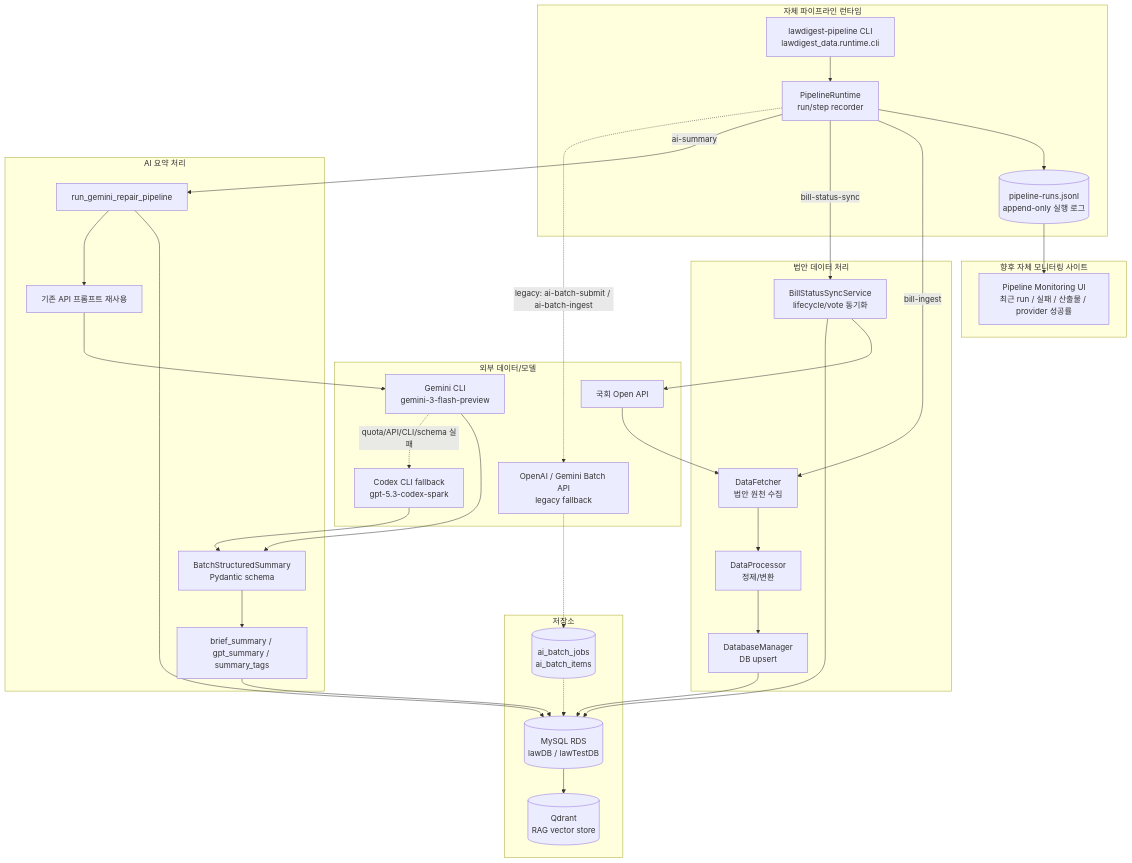
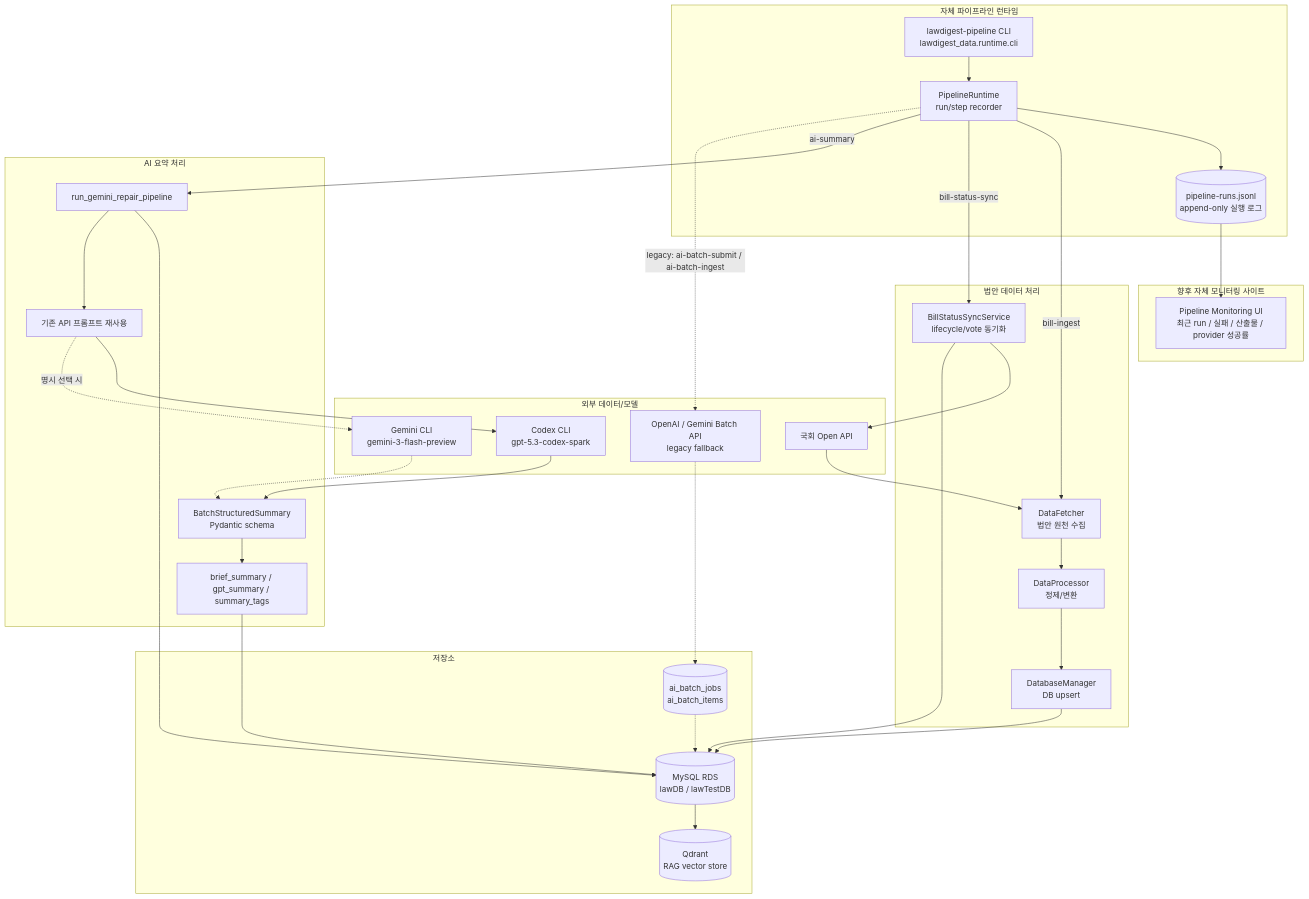
The first of 3 diagrams in docs/data/법안 데이터 파이프라인/pipeline_architecture.md (LawDigest/LawDigest), drawn with Mermaid before and after one commit. The commit also changed other lines of this file and 13 other files, not shown here.

````diff
--- a/docs/data/법안 데이터 파이프라인/pipeline_architecture.md
+++ b/docs/data/법안 데이터 파이프라인/pipeline_architecture.md
@@ -29,69 +29,69 @@
 ```mermaid
 flowchart TB
     subgraph External["외부 데이터/모델"]
         Assembly["국회 Open API"]
+        Codex["Codex CLI<br/>gpt-5.3-codex-spark"]
         Gemini["Gemini CLI<br/>gemini-3-flash-preview"]
-        Codex["Codex CLI fallback<br/>gpt-5.3-codex-spark"]
         OpenAI["OpenAI / Gemini Batch API<br/>legacy fallback"]
     end
 
     subgraph Runtime["자체 파이프라인 런타임"]
         CLI["lawdigest-pipeline CLI<br/>lawdigest_data.runtime.cli"]
         RuntimeCore["PipelineRuntime<br/>run/step recorder"]
         Log[("pipeline-runs.jsonl<br/>append-only 실행 로그")]
     end
 
     subgraph DataPipeline["법안 데이터 처리"]
         Fetcher["DataFetcher<br/>법안 원천 수집"]
         Processor["DataProcessor<br/>정제/변환"]
         DBManager["DatabaseManager<br/>DB upsert"]
         StatusSync["BillStatusSyncService<br/>lifecycle/vote 동기화"]
     end
 
     subgraph AI["AI 요약 처리"]
         RepairPipeline["run_gemini_repair_pipeline"]
         Prompt["기존 API 프롬프트 재사용"]
         Schema["BatchStructuredSummary<br/>Pydantic schema"]
         SummaryCols["brief_summary / gpt_summary / summary_tags"]
     end
 
     subgraph Storage["저장소"]
         MySQL[("MySQL RDS<br/>lawDB / lawTestDB")]
         BatchTables[("ai_batch_jobs<br/>ai_batch_items")]
         Qdrant[("Qdrant<br/>RAG vector store")]
     end
 
     subgraph Monitoring["향후 자체 모니터링 사이트"]
         Monitor["Pipeline Monitoring UI<br/>최근 run / 실패 / 산출물 / provider 성공률"]
     end
 
     CLI --> RuntimeCore
     RuntimeCore --> Log
     Log --> Monitor
 
     RuntimeCore -->|"bill-ingest"| Fetcher
     Assembly --> Fetcher
     Fetcher --> Processor
     Processor --> DBManager
     DBManager --> MySQL
 
     RuntimeCore -->|"bill-status-sync"| StatusSync
     StatusSync --> Assembly
     StatusSync --> MySQL
 
     RuntimeCore -->|"ai-summary"| RepairPipeline
     RepairPipeline --> MySQL
     RepairPipeline --> Prompt
-    Prompt --> Gemini
-    Gemini --> Schema
-    Gemini -. "quota/API/CLI/schema 실패" .-> Codex
+    Prompt --> Codex
     Codex --> Schema
+    Prompt -. "명시 선택 시" .-> Gemini
+    Gemini -.-> Schema
     Schema --> SummaryCols
     SummaryCols --> MySQL
 
     RuntimeCore -. "legacy: ai-batch-submit / ai-batch-ingest" .-> OpenAI
     OpenAI -.-> BatchTables
     BatchTables -.-> MySQL
 
     MySQL --> Qdrant
 ```
````
